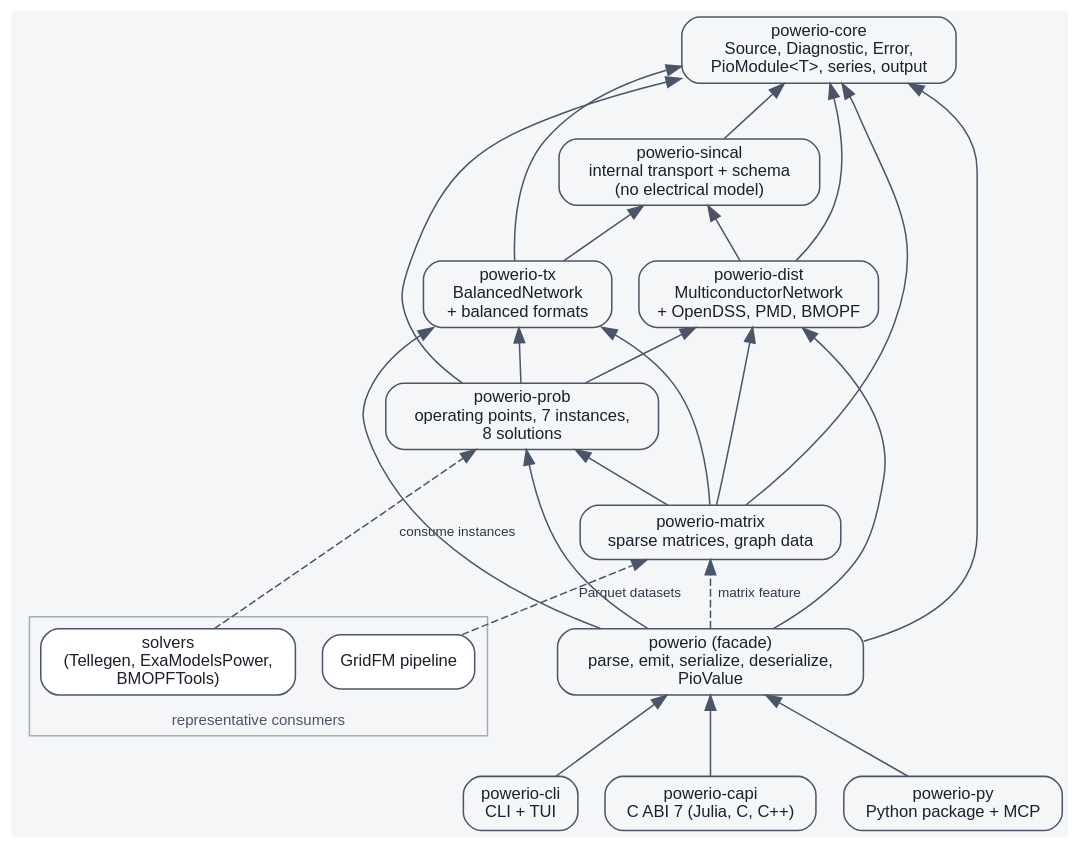
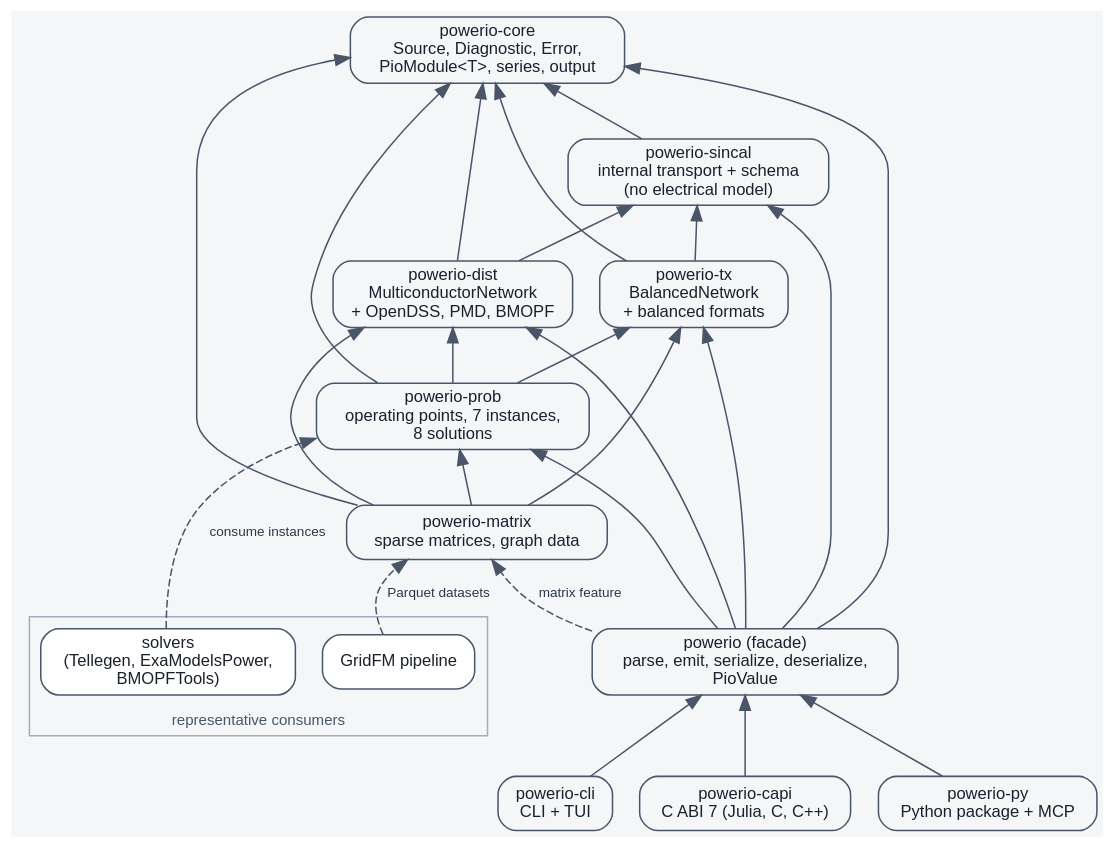
The diagram in docs/diagrams/architecture.dot (eigenergy/powerio), drawn with Graphviz before and after one commit. The commit also changed 12 other files, not shown here.

```diff
--- a/docs/diagrams/architecture.dot
+++ b/docs/diagrams/architecture.dot
@@ -1,60 +1,61 @@
 // The primary architecture map: components, dependency direction, and the
 // two network families. Edges read "depends on" unless labeled. Checked
 // against cargo metadata by scripts/check-architecture-map.py; the committed
 // SVG is generated by the same script. Node ids that name crates must match
 // workspace member names exactly.
 digraph powerio_architecture {
     rankdir = BT;
     bgcolor = "#f4f6f8";
     node [shape = box, style = "rounded,filled", fillcolor = "#f4f6f8",
           color = "#4a5568", fontname = "Helvetica", fontsize = 11,
           fontcolor = "#1a202c"];
     edge [color = "#4a5568", fontname = "Helvetica", fontsize = 9,
           fontcolor = "#2d3748"];
 
     subgraph cluster_consumers {
         label = "representative consumers";
         fontname = "Helvetica"; fontsize = 10; color = "#a0aec0"; fontcolor = "#4a5568";
         solvers [label = "solvers\n(Tellegen, ExaModelsPower,\nBMOPFTools)", fillcolor = "#ffffff"];
         gridfm_ml [label = "GridFM pipeline", fillcolor = "#ffffff"];
     }
 
     "powerio-cli" [label = "powerio-cli\nCLI + TUI"];
     "powerio-capi" [label = "powerio-capi\nC ABI 7 (Julia, C, C++)"];
     "powerio-py" [label = "powerio-py\nPython package + MCP"];
 
     powerio [label = "powerio (facade)\nparse, emit, serialize, deserialize,\nPioValue"];
 
     "powerio-matrix" [label = "powerio-matrix\nsparse matrices, graph data"];
     "powerio-prob" [label = "powerio-prob\noperating points, 7 instances,\n8 solutions"];
 
     "powerio-tx" [label = "powerio-tx\nBalancedNetwork\n+ balanced formats"];
     "powerio-dist" [label = "powerio-dist\nMulticonductorNetwork\n+ OpenDSS, PMD, BMOPF"];
 
     "powerio-core" [label = "powerio-core\nSource, Diagnostic, Error,\nPioModule<T>, series, output"];
     "powerio-sincal" [label = "powerio-sincal\ninternal transport + schema\n(no electrical model)"];
 
     "powerio-tx" -> "powerio-core";
     "powerio-tx" -> "powerio-sincal";
     "powerio-dist" -> "powerio-sincal";
     "powerio-dist" -> "powerio-core";
     "powerio-sincal" -> "powerio-core";
     "powerio-prob" -> "powerio-core";
     "powerio-prob" -> "powerio-tx";
     "powerio-prob" -> "powerio-dist";
     "powerio-matrix" -> "powerio-core";
     "powerio-matrix" -> "powerio-tx";
     "powerio-matrix" -> "powerio-dist";
     "powerio-matrix" -> "powerio-prob";
     powerio -> "powerio-core";
+    powerio -> "powerio-sincal";
     powerio -> "powerio-tx";
     powerio -> "powerio-dist";
     powerio -> "powerio-prob";
     powerio -> "powerio-matrix" [label = "matrix feature", style = dashed];
     "powerio-cli" -> powerio;
     "powerio-capi" -> powerio;
     "powerio-py" -> powerio;
 
     solvers -> "powerio-prob" [label = "consume instances", style = dashed];
     gridfm_ml -> "powerio-matrix" [label = "Parquet datasets", style = dashed];
 }
```
